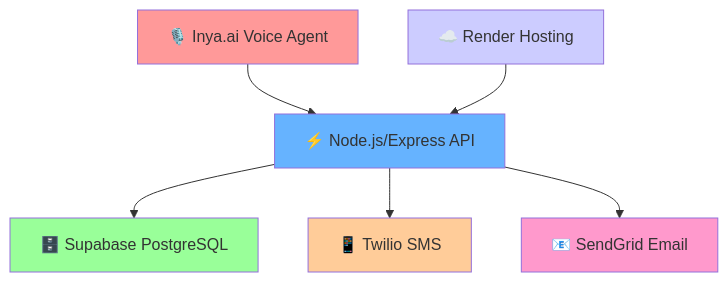
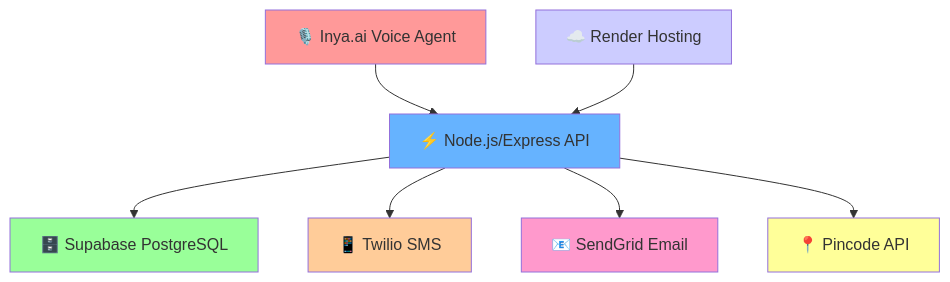
One commit to vimalrajaj/consumer_durables_api changed the first of 4 diagrams in README.md. Above: the diagram before and after it, drawn with Mermaid. The commit also changed other lines of this file and 8 other files, not shown here.

````diff
--- a/README.md
+++ b/README.md
@@ -59,15 +113,17 @@
 ```mermaid
 graph TB
     A[🎙️ Inya.ai Voice Agent] --> B[⚡ Node.js/Express API]
     B --> C[🗄️ Supabase PostgreSQL]
     B --> D[📱 Twilio SMS]
     B --> E[📧 SendGrid Email]
     F[☁️ Render Hosting] --> B
+    B --> G[📍 Pincode API]
     
     style A fill:#ff9999
     style B fill:#66b3ff
     style C fill:#99ff99
     style D fill:#ffcc99
     style E fill:#ff99cc
     style F fill:#ccccff
+    style G fill:#ffff99
 ```
````
